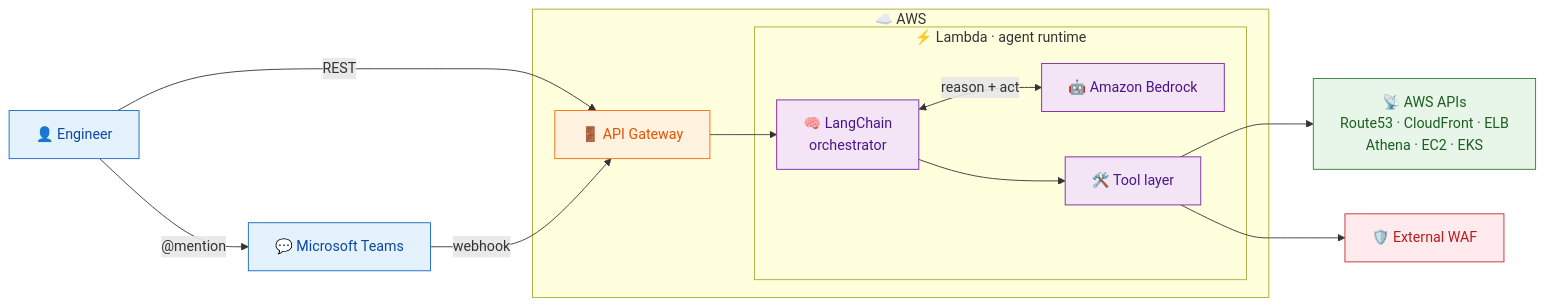
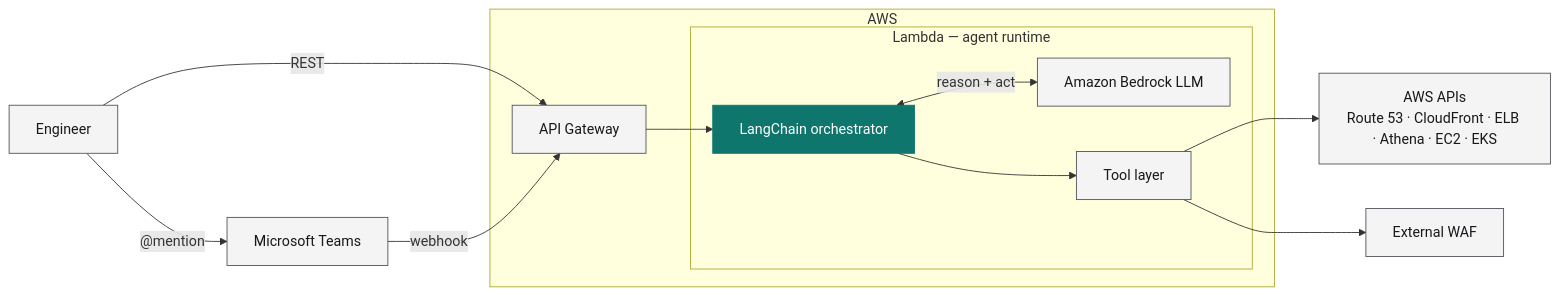
The first of 2 diagrams in README.md (grey-techstack/aws-network-ops-agent), drawn with Mermaid before and after one commit. The commit also changed other lines of this file, not shown here.

````diff
--- a/README.md
+++ b/README.md
@@ -33,37 +30,31 @@
 ```mermaid
 flowchart LR
-    U["👤 Engineer"]
-    T["💬 Microsoft Teams"]
+    U["Engineer"]
+    T["Microsoft Teams"]
 
-    subgraph AWS ["☁️ AWS"]
-        AGW["🚪 API Gateway"]
-        subgraph RT ["⚡ Lambda · agent runtime"]
-            O["🧠 LangChain<br/>orchestrator"]
-            B["🤖 Amazon Bedrock"]
-            TL["🛠️ Tool layer"]
+    subgraph AWS ["AWS"]
+        AGW["API Gateway"]
+        subgraph RT ["Lambda &mdash; agent runtime"]
+            O["LangChain orchestrator"]
+            B["Amazon Bedrock LLM"]
+            TL["Tool layer"]
         end
     end
 
-    API["📡 AWS APIs<br/>Route53 · CloudFront · ELB<br/>Athena · EC2 · EKS"]
-    WAF["🛡️ External WAF"]
+    API["AWS APIs<br/>Route 53 · CloudFront · ELB · Athena · EC2 · EKS"]
+    WAF["External WAF"]
 
     U -->|"@mention"| T
     U -->|"REST"| AGW
     T -->|"webhook"| AGW
     AGW --> O
     O <-->|"reason + act"| B
     O --> TL
     TL --> API
     TL --> WAF
 
-    classDef client fill:#E3F2FD,stroke:#1565C0,color:#0D47A1;
-    classDef gw fill:#FFF3E0,stroke:#EF6C00,color:#E65100;
-    classDef ai fill:#F3E5F5,stroke:#7B1FA2,color:#4A148C;
-    classDef data fill:#E8F5E9,stroke:#2E7D32,color:#1B5E20;
-    classDef sec fill:#FFEBEE,stroke:#C62828,color:#B71C1C;
-    class U,T client;
-    class AGW gw;
-    class O,B,TL ai;
-    class API data;
-    class WAF sec;
+    classDef base fill:#F4F4F5,stroke:#52525B,color:#18181B;
+    classDef core fill:#0F766E,stroke:#0F766E,color:#FFFFFF;
+    class U,T,AGW,B,TL,API,WAF base;
+    class O core;
 ```
````
